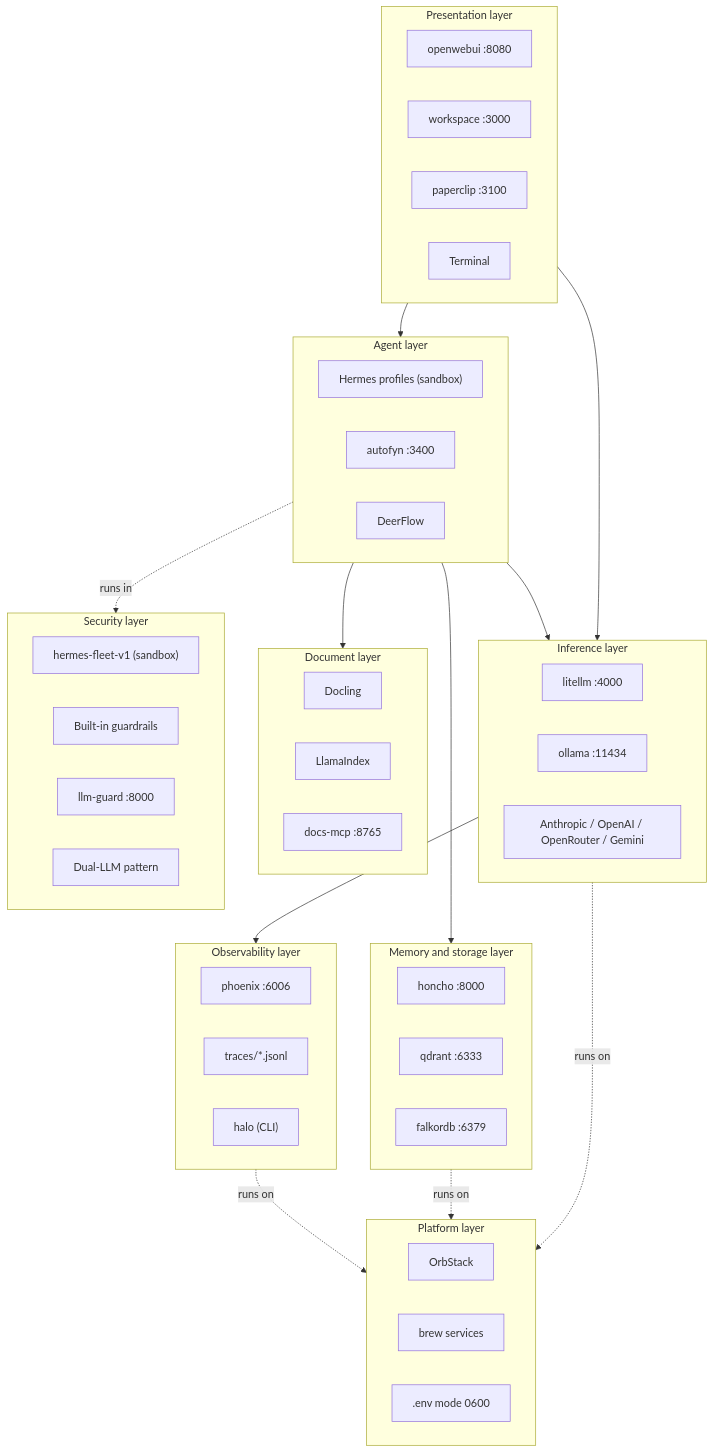
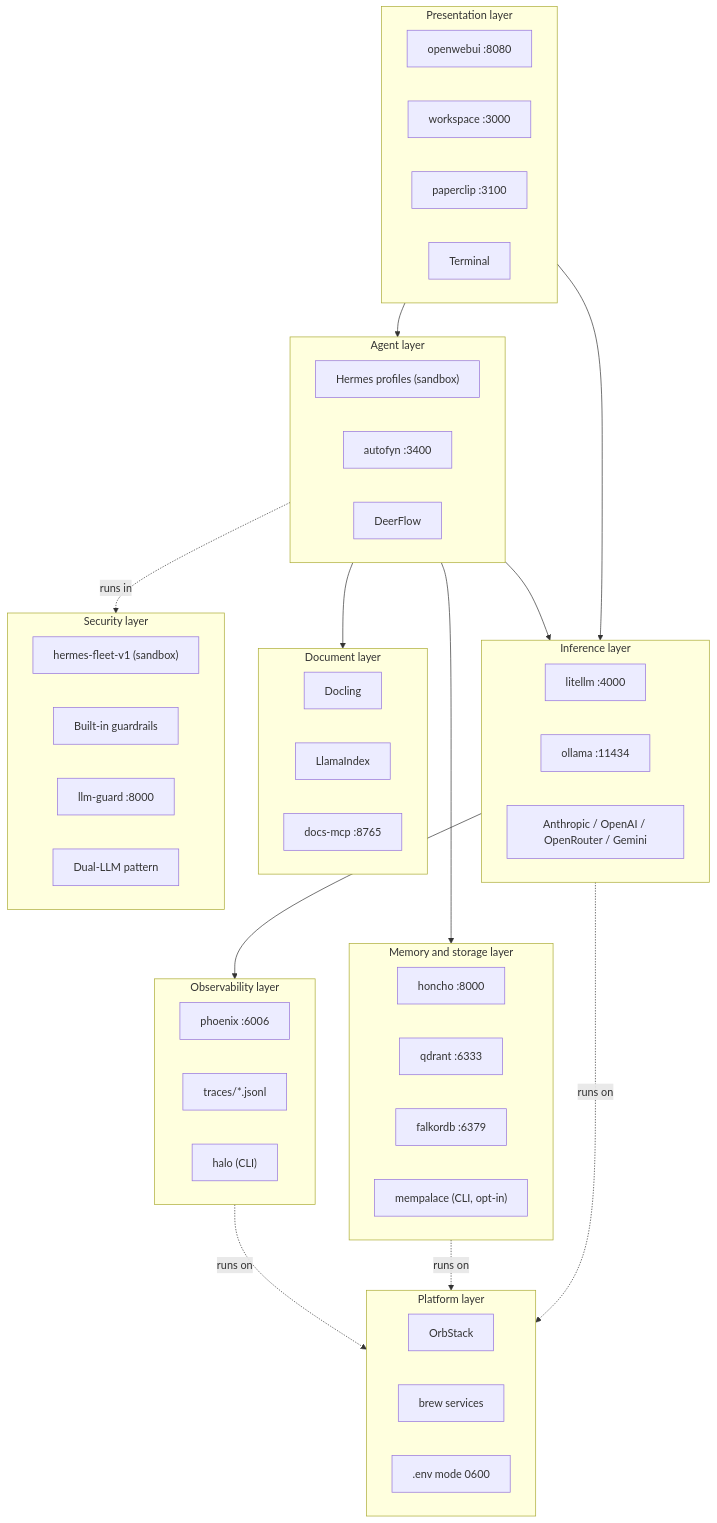
Before and after one commit to mayssamj/versatile-ai-stack: the second of 21 diagrams in doc/DIAGRAMS.md, drawn with Mermaid. The commit also changed other lines of this file and 34 other files, not shown here.

````diff
--- a/doc/DIAGRAMS.md
+++ b/doc/DIAGRAMS.md
@@ -123,71 +131,72 @@
 ```mermaid
 flowchart TB
   subgraph L1[Presentation layer]
     direction LR
     OWU[openwebui :8080]
     HW[workspace :3000]
     PC[paperclip :3100]
     Term[Terminal]
   end
 
   subgraph L2[Agent layer]
     direction LR
     HF["Hermes profiles (sandbox)"]
     AF[autofyn :3400]
     DF[DeerFlow]
   end
 
   subgraph L3[Inference layer]
     direction LR
     LL[litellm :4000]
     OL[ollama :11434]
     EXT["Anthropic / OpenAI / OpenRouter / Gemini"]
   end
 
   subgraph L4[Memory and storage layer]
     direction LR
     HO[honcho :8000]
     QD[qdrant :6333]
     FK[falkordb :6379]
+    MP["mempalace (CLI, opt-in)"]
   end
 
   subgraph L5[Document layer]
     direction LR
     DC[Docling]
     LI[LlamaIndex]
     MCP[docs-mcp :8765]
   end
 
   subgraph L6[Observability layer]
     direction LR
     PX[phoenix :6006]
     Trace["traces/*.jsonl"]
     HALO["halo (CLI)"]
   end
 
   subgraph L7[Security layer]
     direction LR
     OS["hermes-fleet-v1 (sandbox)"]
     GB[Built-in guardrails]
     LG[llm-guard :8000]
     Dual[Dual-LLM pattern]
   end
 
   subgraph L8[Platform layer]
     direction LR
     OB[OrbStack]
     Brew[brew services]
     Env[.env mode 0600]
   end
 
   L1 --> L2
   L1 --> L3
   L2 --> L3
   L2 --> L4
   L2 --> L5
   L3 --> L6
   L2 -.runs in.-> L7
   L3 -.runs on.-> L8
   L4 -.runs on.-> L8
   L6 -.runs on.-> L8
 ```
````
